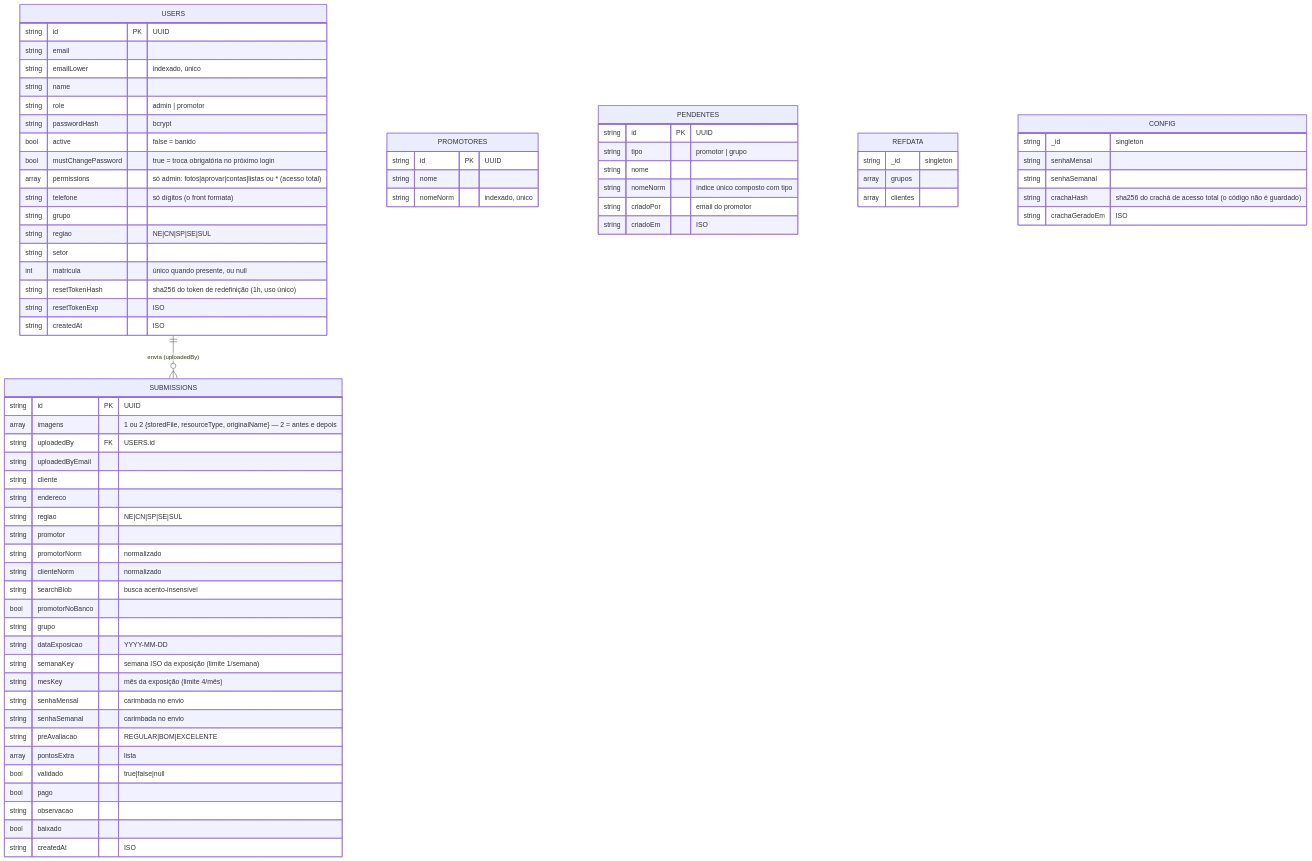
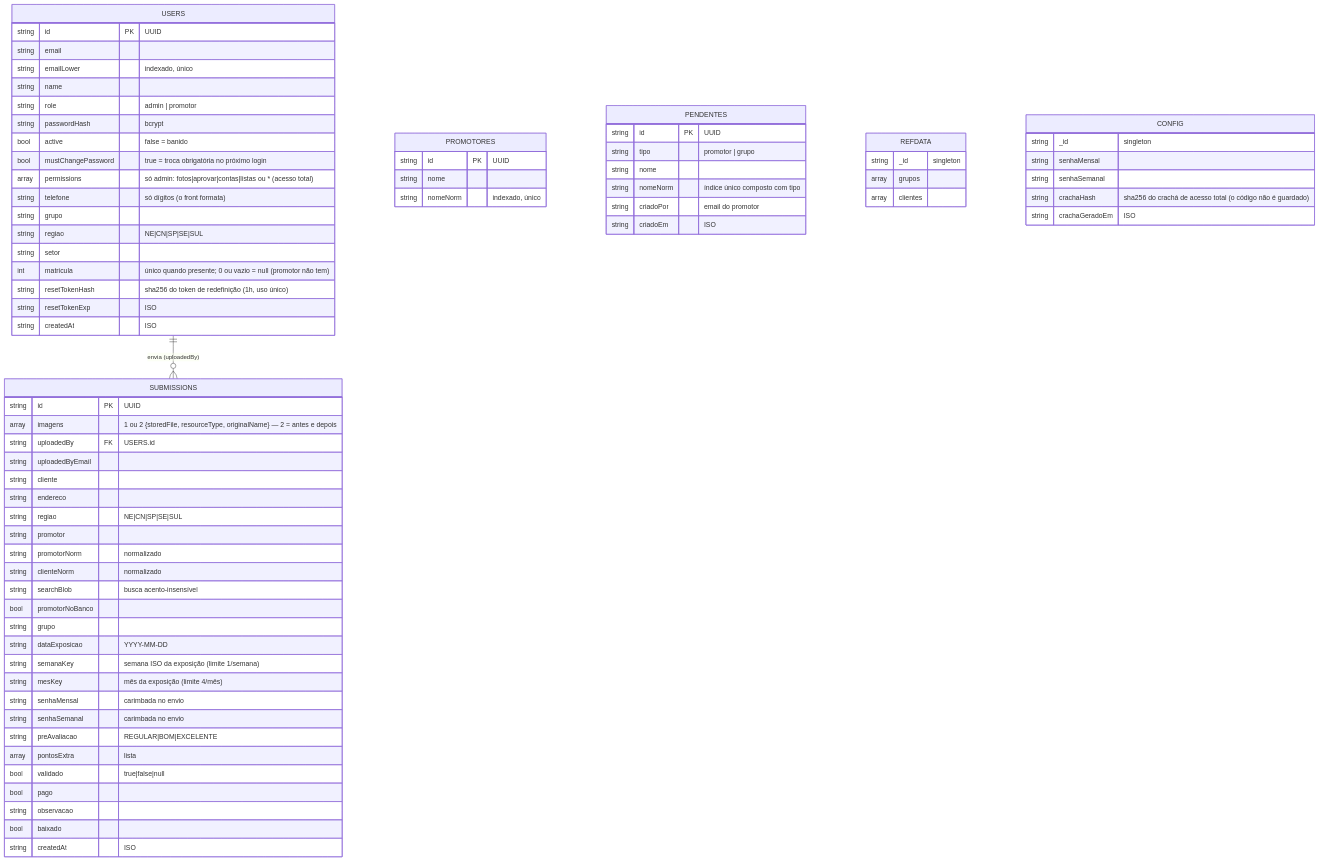
Before and after one commit to Vaniteux2006/pdv_memphis: the diagram in docs/02-modelo-de-dados.md, drawn with Mermaid. The commit also changed other lines of this file and 3 other files, not shown here.

````diff
--- a/docs/02-modelo-de-dados.md
+++ b/docs/02-modelo-de-dados.md
@@ -9,81 +9,81 @@
 ```mermaid
 erDiagram
   USERS ||--o{ SUBMISSIONS : "envia (uploadedBy)"
 
   USERS {
     string id PK "UUID"
     string email
     string emailLower "indexado, único"
     string name
     string role "admin | promotor"
     string passwordHash "bcrypt"
     bool   active "false = banido"
     bool   mustChangePassword "true = troca obrigatória no próximo login"
     array  permissions "só admin: fotos|aprovar|contas|listas ou * (acesso total)"
     string telefone "só dígitos (o front formata)"
     string grupo
     string regiao "NE|CN|SP|SE|SUL"
     string setor
-    int    matricula "único quando presente, ou null"
+    int    matricula "único quando presente; 0 ou vazio = null (promotor não tem)"
     string resetTokenHash "sha256 do token de redefinição (1h, uso único)"
     string resetTokenExp "ISO"
     string createdAt "ISO"
   }
 
   SUBMISSIONS {
     string id PK "UUID"
     array  imagens "1 ou 2 {storedFile, resourceType, originalName} — 2 = antes e depois"
     string uploadedBy FK "USERS.id"
     string uploadedByEmail
     string cliente
     string endereco
     string regiao "NE|CN|SP|SE|SUL"
     string promotor
     string promotorNorm "normalizado"
     string clienteNorm "normalizado"
     string searchBlob "busca acento-insensível"
     bool   promotorNoBanco
     string grupo
     string dataExposicao "YYYY-MM-DD"
     string semanaKey "semana ISO da exposição (limite 1/semana)"
     string mesKey "mês da exposição (limite 4/mês)"
     string senhaMensal "carimbada no envio"
     string senhaSemanal "carimbada no envio"
     string preAvaliacao "REGULAR|BOM|EXCELENTE"
     array  pontosExtra "lista"
     bool   validado "true|false|null"
     bool   pago
     string observacao
     bool   baixado
     string createdAt "ISO"
   }
 
   PROMOTORES {
     string id PK "UUID"
     string nome
     string nomeNorm "indexado, único"
   }
 
   PENDENTES {
     string id PK "UUID"
     string tipo "promotor | grupo"
     string nome
     string nomeNorm "índice único composto com tipo"
     string criadoPor "email do promotor"
     string criadoEm "ISO"
   }
 
   REFDATA {
     string _id "singleton"
     array  grupos
     array  clientes
   }
 
   CONFIG {
     string _id "singleton"
     string senhaMensal
     string senhaSemanal
     string crachaHash "sha256 do crachá de acesso total (o código não é guardado)"
     string crachaGeradoEm "ISO"
   }
 ```
````
